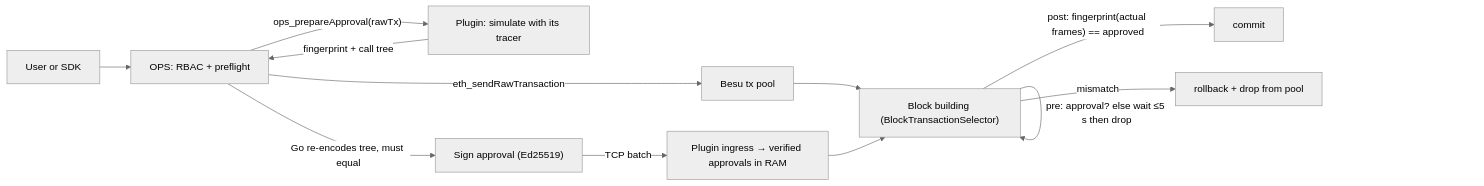
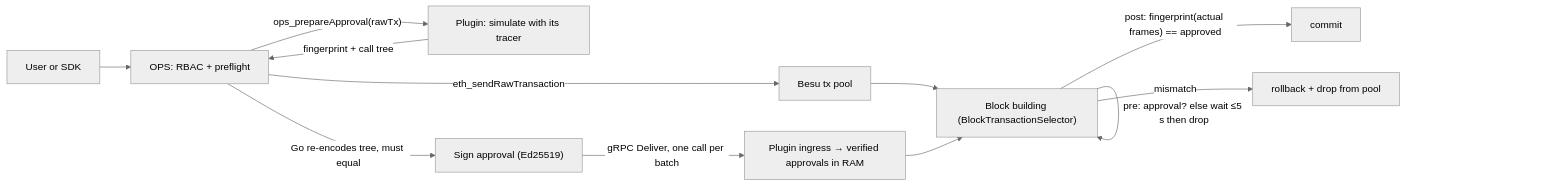
One commit to gateway-fm/open-privacy-suite changed the diagram in poc/besu-signed-approvals/README.md. Above: the diagram before and after it, drawn with Mermaid (neutral theme). The commit also changed other lines of this file and 34 other files, not shown here.

First line of the commit message:
poc(besu): README and evidence for the gRPC ingress

````diff
--- a/poc/besu-signed-approvals/README.md
+++ b/poc/besu-signed-approvals/README.md
@@ -22,14 +25,14 @@
 ```mermaid
 flowchart LR
     U["User or SDK"] --> O["OPS: RBAC + preflight"]
     O -- "ops_prepareApproval(rawTx)" --> P["Plugin: simulate with its tracer"]
     P -- "fingerprint + call tree" --> O
     O -- "Go re-encodes tree, must equal" --> S["Sign approval (Ed25519)"]
-    S -- "TCP batch" --> L["Plugin ingress → verified approvals in RAM"]
+    S -- "gRPC Deliver, one call per batch" --> L["Plugin ingress → verified approvals in RAM"]
     O -- "eth_sendRawTransaction" --> T["Besu tx pool"]
     T --> B["Block building (BlockTransactionSelector)"]
     L --> B
     B -- "pre: approval? else wait ≤5 s then drop" --> B
     B -- "post: fingerprint(actual frames) == approved" --> C["commit"]
     B -- "mismatch" --> R["rollback + drop from pool"]
 ```
````
